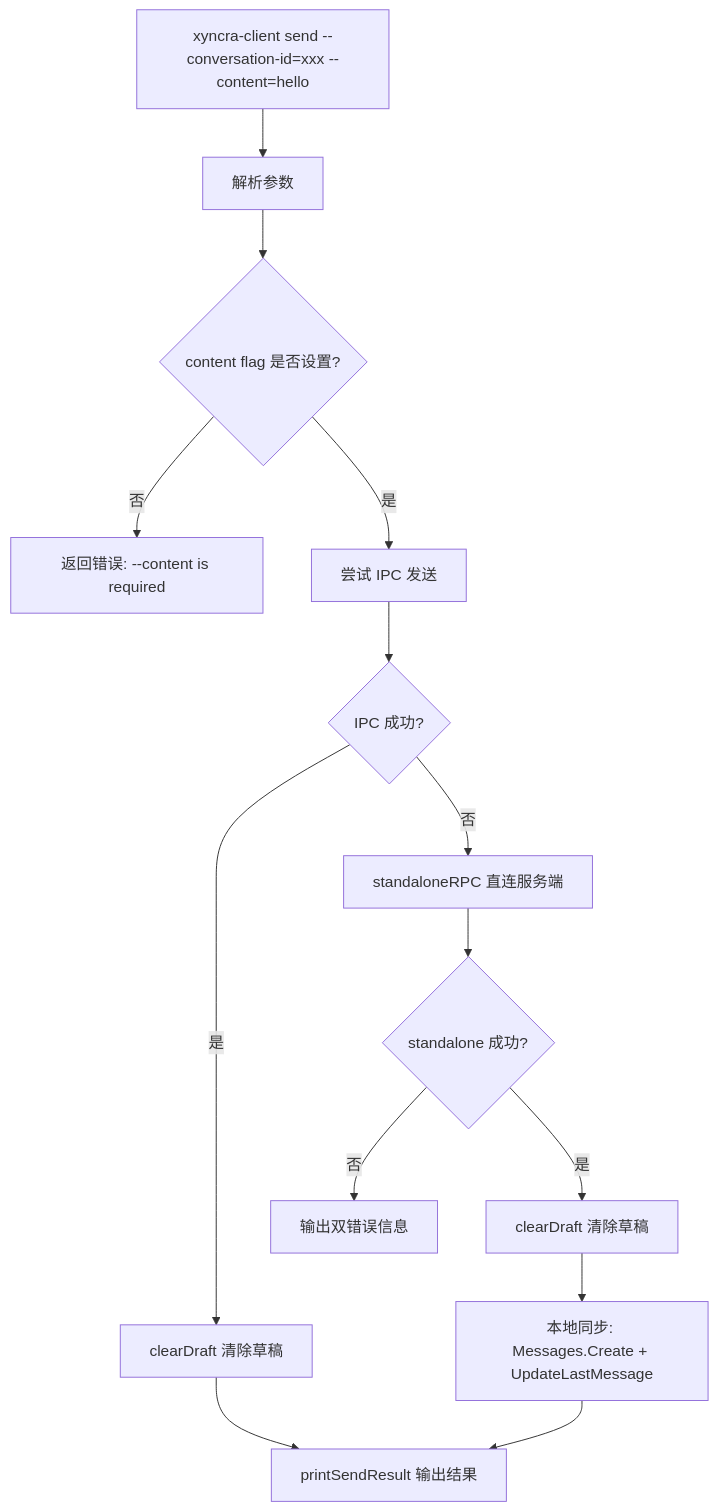
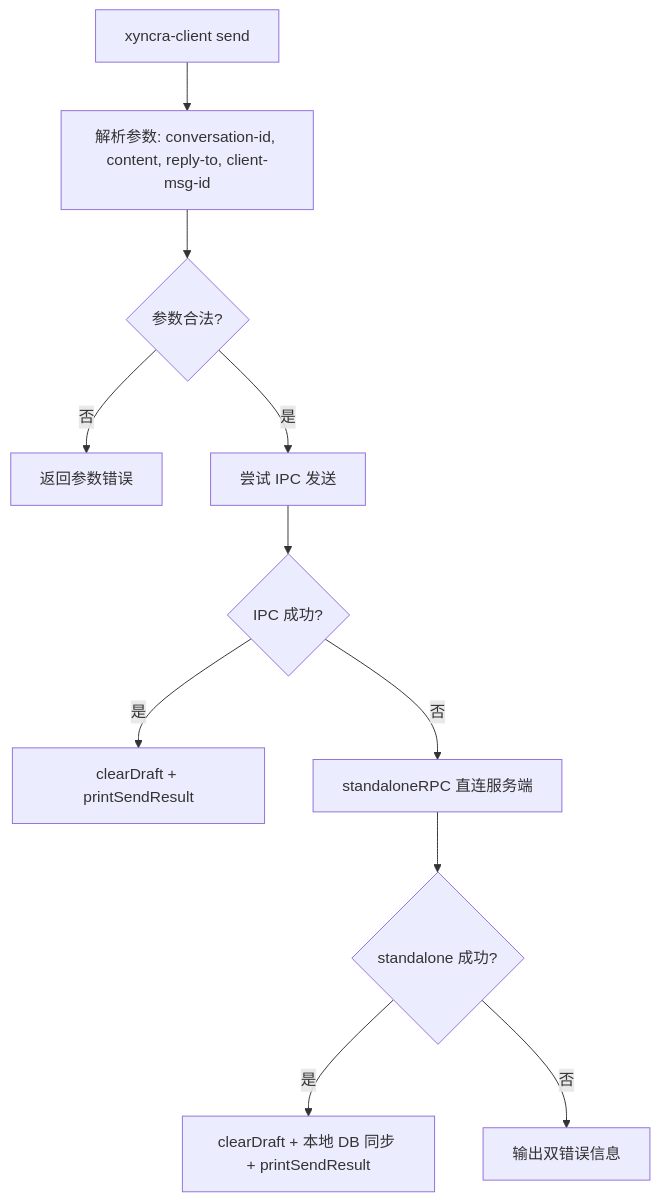
The third of 14 diagrams in wiki/flows/cli-observability.md (PineappleBond/xyncra-server), drawn with Mermaid before and after one commit. The commit also changed other lines of this file and 21 other files, not shown here.

````diff
--- a/wiki/flows/cli-observability.md
+++ b/wiki/flows/cli-observability.md
@@ -105,16 +100,13 @@
 ```mermaid
 flowchart TD
-    A[xyncra-client send --conversation-id=xxx --content=hello] --> B[解析参数]
-    B --> C{content flag 是否设置?}
-    C -->|否| D[返回错误: --content is required]
+    A[xyncra-client send] --> B[解析参数: conversation-id, content, reply-to, client-msg-id]
+    B --> C{参数合法?}
+    C -->|否| D[返回参数错误]
     C -->|是| E[尝试 IPC 发送]
     E --> F{IPC 成功?}
-    F -->|是| G[clearDraft 清除草稿]
-    G --> H[printSendResult 输出结果]
-    F -->|否| I[standaloneRPC 直连服务端]
-    I --> J{standalone 成功?}
-    J -->|是| K[clearDraft 清除草稿]
-    K --> L[本地同步: Messages.Create + UpdateLastMessage]
-    L --> H
-    J -->|否| M[输出双错误信息]
+    F -->|是| G[clearDraft + printSendResult]
+    F -->|否| H[standaloneRPC 直连服务端]
+    H --> I{standalone 成功?}
+    I -->|是| J[clearDraft + 本地 DB 同步 + printSendResult]
+    I -->|否| K[输出双错误信息]
 ```
````
